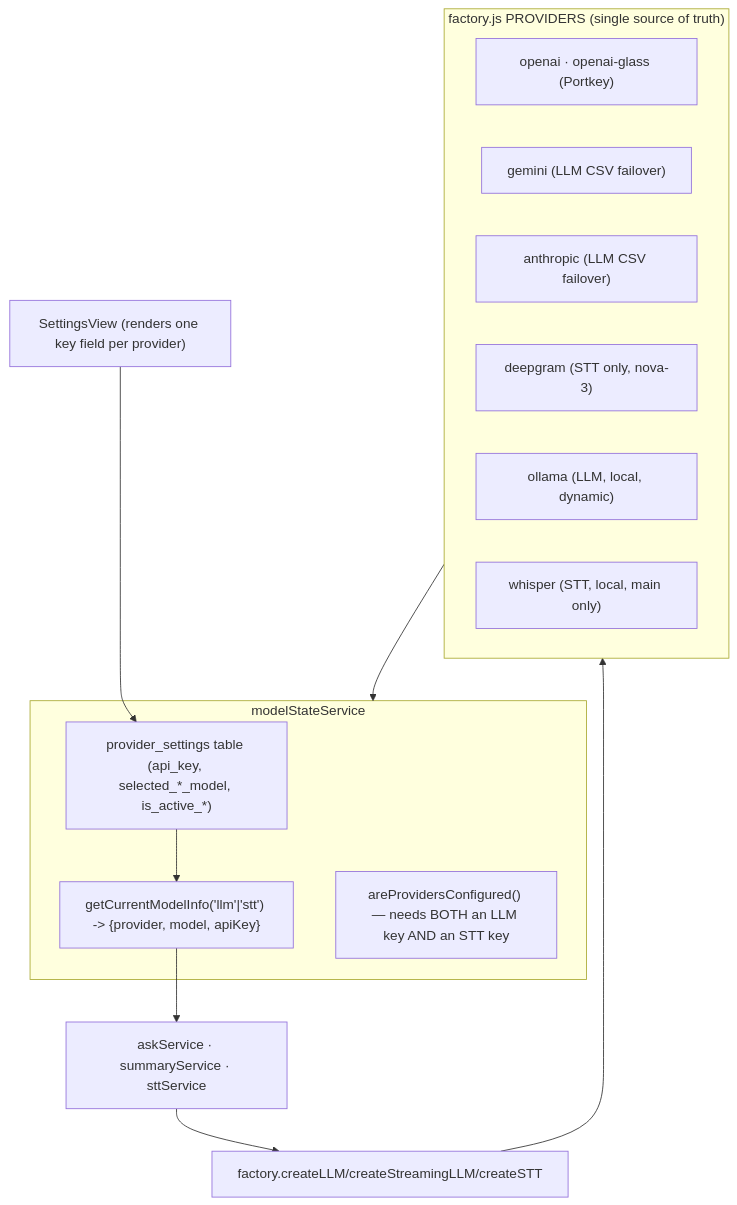
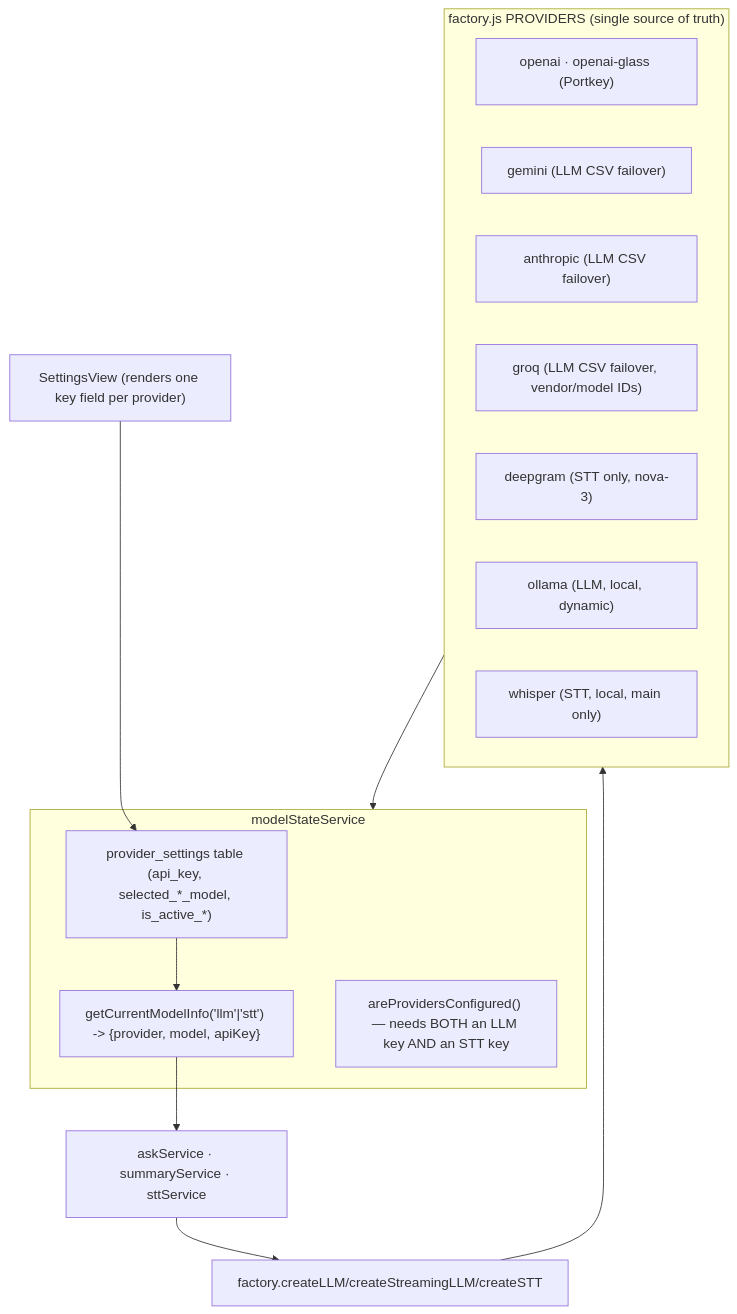
Before and after one commit to tas88-sys/glass: the tenth of 15 diagrams in ARCHITECTURE.md, drawn with Mermaid. The commit also changed other lines of this file and 14 other files, not shown here.

First line of the commit message:
document the groq failover and what implementation changed

````diff
--- a/ARCHITECTURE.md
+++ b/ARCHITECTURE.md
@@ -538,20 +538,21 @@
 ```mermaid
 flowchart TB
     subgraph registry["factory.js PROVIDERS (single source of truth)"]
         r1["openai · openai-glass (Portkey)"]
         r3["gemini (LLM CSV failover)"]
         r4["anthropic (LLM CSV failover)"]
+        r8["groq (LLM CSV failover, vendor/model IDs)"]
         r5["deepgram (STT only, nova-3)"]
         r6["ollama (LLM, local, dynamic)"]
         r7["whisper (STT, local, main only)"]
     end
     subgraph state["modelStateService"]
         keys["provider_settings table (api_key, selected_*_model, is_active_*)"]
         resolve["getCurrentModelInfo('llm'|'stt') -> {provider, model, apiKey}"]
         gate["areProvidersConfigured() — needs BOTH an LLM key AND an STT key"]
     end
     consumers["askService · summaryService · sttService"]
     registry --> state
     keys --> resolve --> consumers --> dispatch["factory.createLLM/createStreamingLLM/createSTT"] --> registry
     settingsui["SettingsView (renders one key field per provider)"] --> keys
 ```
````
